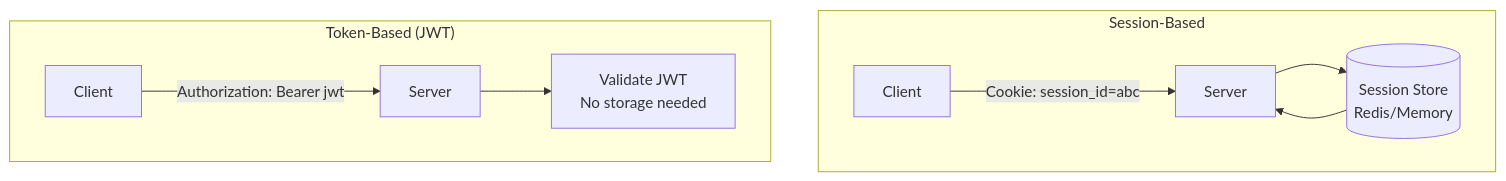
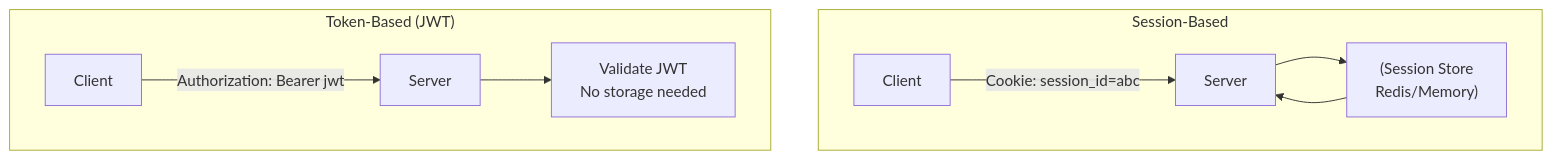
The seventh of 10 diagrams in src/backend/auth/README.md (vanos001/placement_prep), drawn with Mermaid before and after one commit. The commit also changed other lines of this file and 19 other files, not shown here.

First line of the commit message:
fix(mermaid,links): repair regressions after merging dev into dev2

````diff
--- a/src/backend/auth/README.md
+++ b/src/backend/auth/README.md
@@ -202,13 +202,13 @@
 ```mermaid
 graph TB
     subgraph "Session-Based"
         SB_C[Client] -->|"Cookie: session_id=abc"| SB_S[Server]
-        SB_S --> SB_STORE[(Session Store<br/>Redis/Memory)]
+        SB_S --> SB_STORE["(Session Store<br/>Redis/Memory)"]
         SB_STORE --> SB_S
     end
 
     subgraph "Token-Based (JWT)"
         TB_C[Client] -->|"Authorization: Bearer jwt"| TB_S[Server]
         TB_S --> TB_VALIDATE[Validate JWT<br/>No storage needed]
     end
 ```
````
